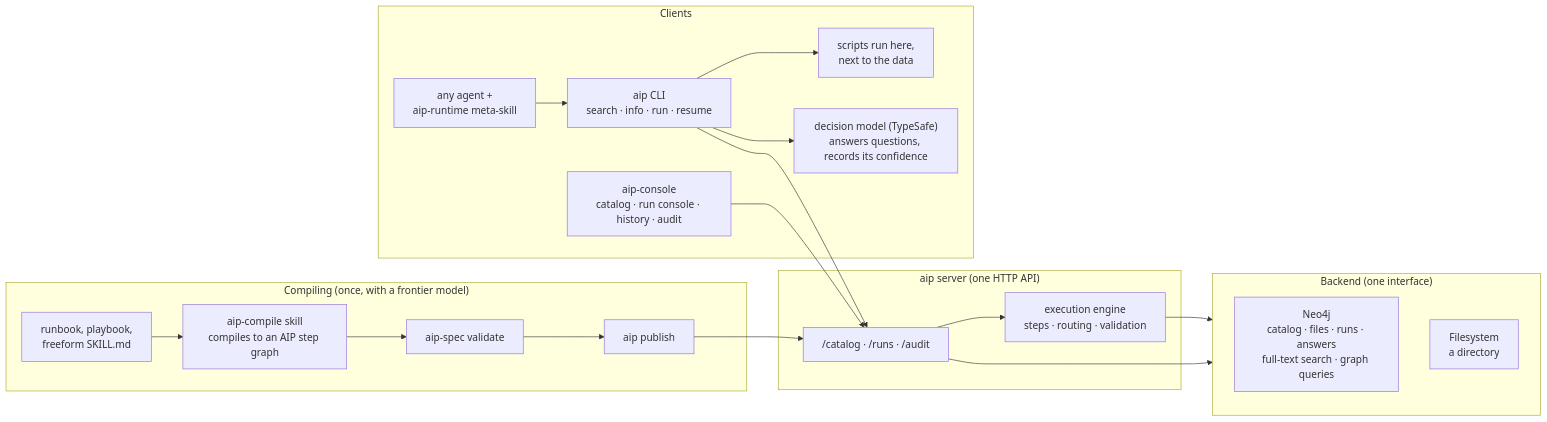
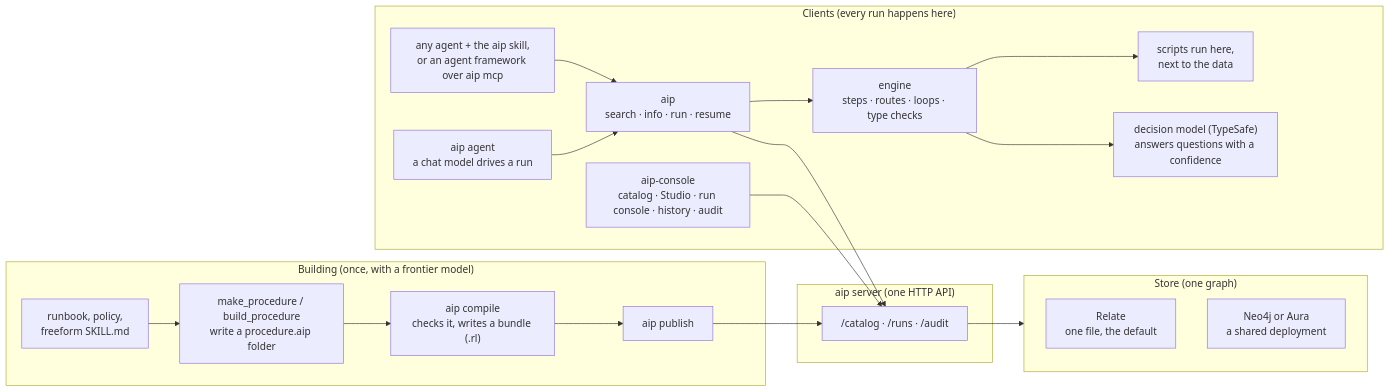
Before and after one commit to zach-blumenfeld/aip: the diagram in README.md, drawn with Mermaid. The commit also changed other lines of this file and 25 other files, not shown here.

````diff
--- a/README.md
+++ b/README.md
@@ -85,30 +101,27 @@
 ```mermaid
 flowchart LR
-    subgraph compiling["Compiling (once, with a frontier model)"]
-        doc["runbook, playbook,<br/>freeform SKILL.md"] --> skill["aip-compile skill<br/>compiles to an AIP step graph"]
-        skill --> validate["aip-spec validate"]
-        validate --> publish["aip publish"]
+    subgraph building["Building (once, with a frontier model)"]
+        doc["runbook, policy,<br/>freeform SKILL.md"] --> build["make_procedure / build_procedure<br/>write a procedure.aip folder"]
+        build --> compile["aip compile<br/>checks it, writes a bundle (.rl)"]
+        compile --> publish["aip publish"]
     end
-    subgraph clients["Clients"]
-        agent["any agent +<br/>aip-runtime meta-skill"] --> cli["aip CLI<br/>search · info · run · resume"]
-        insp["aip-console<br/>catalog · run console · history · audit"]
-        scripts["scripts run here,<br/>next to the data"]
-        model["decision model (TypeSafe)<br/>answers questions, records its confidence"]
-        cli --> scripts
-        cli --> model
+    subgraph clients["Clients (every run happens here)"]
+        agent["any agent + the aip skill,<br/>or an agent framework over aip mcp"] --> cli["aip<br/>search · info · run · resume"]
+        chat["aip agent<br/>a chat model drives a run"] --> cli
+        cli --> engine["engine<br/>steps · routes · loops · type checks"]
+        engine --> scripts["scripts run here,<br/>next to the data"]
+        engine --> model["decision model (TypeSafe)<br/>answers questions with a confidence"]
+        insp["aip-console<br/>catalog · Studio · run console · history · audit"]
     end
     subgraph server["aip server (one HTTP API)"]
         api["/catalog · /runs · /audit"]
-        engine["execution engine<br/>steps · routing · validation"]
-        api --> engine
     end
-    subgraph backend["Backend (one interface)"]
-        neo["Neo4j<br/>catalog · files · runs · answers<br/>full-text search · graph queries"]
-        fs["Filesystem<br/>a directory"]
+    subgraph backend["Store (one graph)"]
+        relate["Relate<br/>one file, the default"]
+        neo["Neo4j or Aura<br/>a shared deployment"]
     end
     publish --> api
     cli --> api
     insp --> api
-    engine --> backend
     api --> backend
 ```
````
